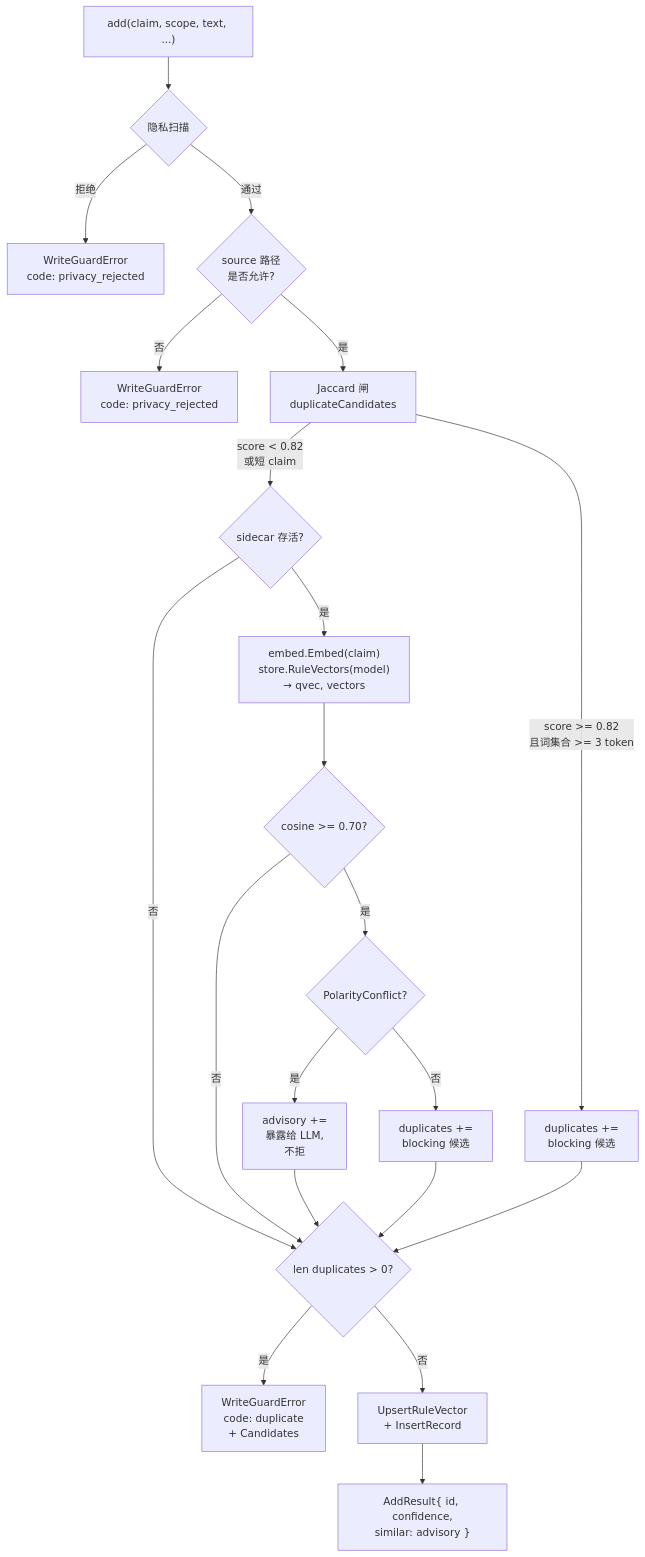
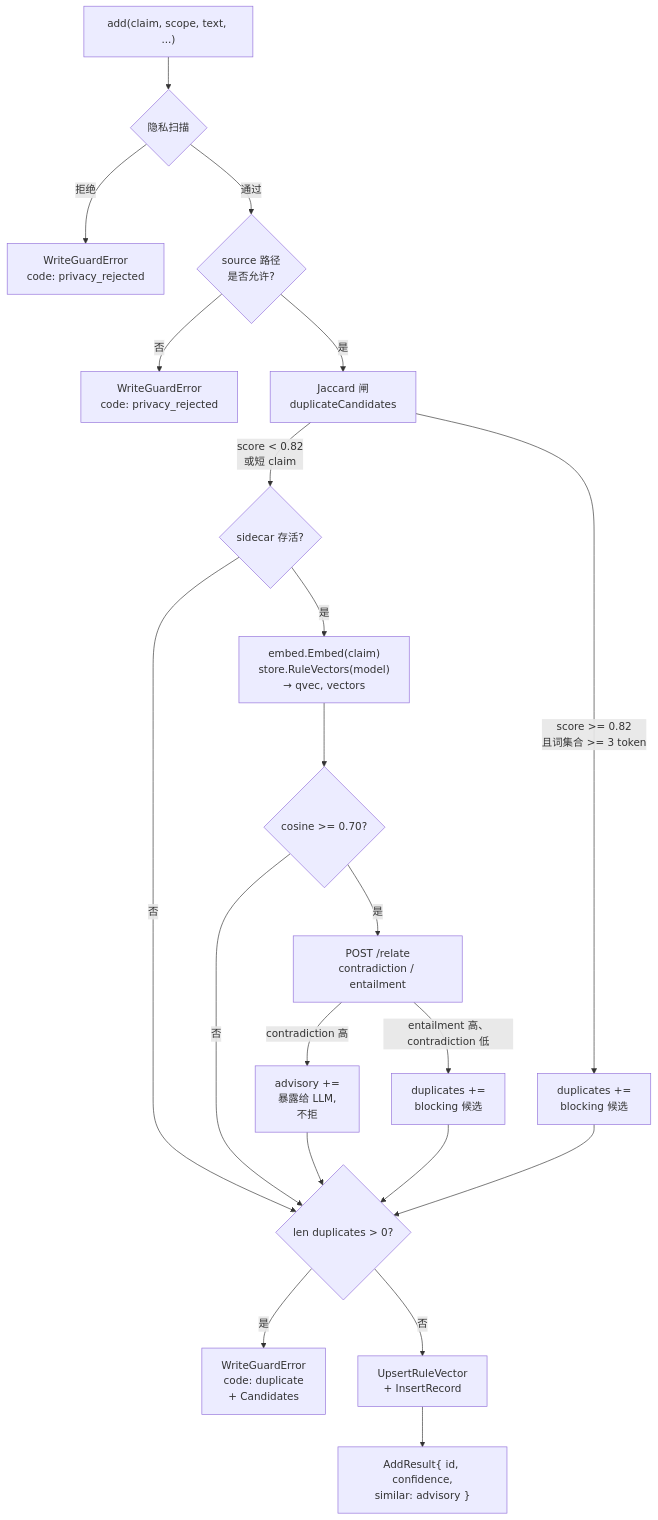
One commit to SteamedBread2333/imprint changed the first of 2 diagrams in docs/semantic-dedup.zh.md. Above: the diagram before and after it, drawn with Mermaid. The commit also changed other lines of this file and 11 other files, not shown here.

````diff
--- a/docs/semantic-dedup.zh.md
+++ b/docs/semantic-dedup.zh.md
@@ -81,23 +81,23 @@
 ```mermaid
 flowchart TD
     A["add(claim, scope, text, ...)"] --> B{隐私扫描}
     B --拒绝--> R1["WriteGuardError<br/>code: privacy_rejected"]
     B --通过--> C{source 路径<br/>是否允许?}
     C --否--> R2["WriteGuardError<br/>code: privacy_rejected"]
     C --是--> D[Jaccard 闸<br/>duplicateCandidates]
     D --score >= 0.82<br/>且词集合 >= 3 token--> DUP["duplicates +=<br/>blocking 候选"]
     D --score < 0.82<br/>或短 claim--> E{sidecar 存活?}
     E --否--> DEC{len duplicates > 0?}
     E --是--> F["embed.Embed(claim)<br/>store.RuleVectors(model)<br/>→ qvec, vectors"]
     F --> G{cosine >= 0.70?}
     G --否--> DEC
-    G --是--> H{PolarityConflict?}
-    H --是--> AD["advisory +=<br/>暴露给 LLM,<br/>不拒"]
-    H --否--> BLK["duplicates +=<br/>blocking 候选"]
+    G --是--> H["POST /relate<br/>contradiction / entailment"]
+    H --contradiction 高--> AD["advisory +=<br/>暴露给 LLM,<br/>不拒"]
+    H --entailment 高、contradiction 低--> BLK["duplicates +=<br/>blocking 候选"]
     AD --> DEC
     BLK --> DEC
     DUP --> DEC
     DEC --是--> R3["WriteGuardError<br/>code: duplicate<br/>+ Candidates"]
     DEC --否--> I[UpsertRuleVector<br/>+ InsertRecord]
     I --> OK["AddResult{ id, confidence,<br/>similar: advisory }"]
 ```
````
